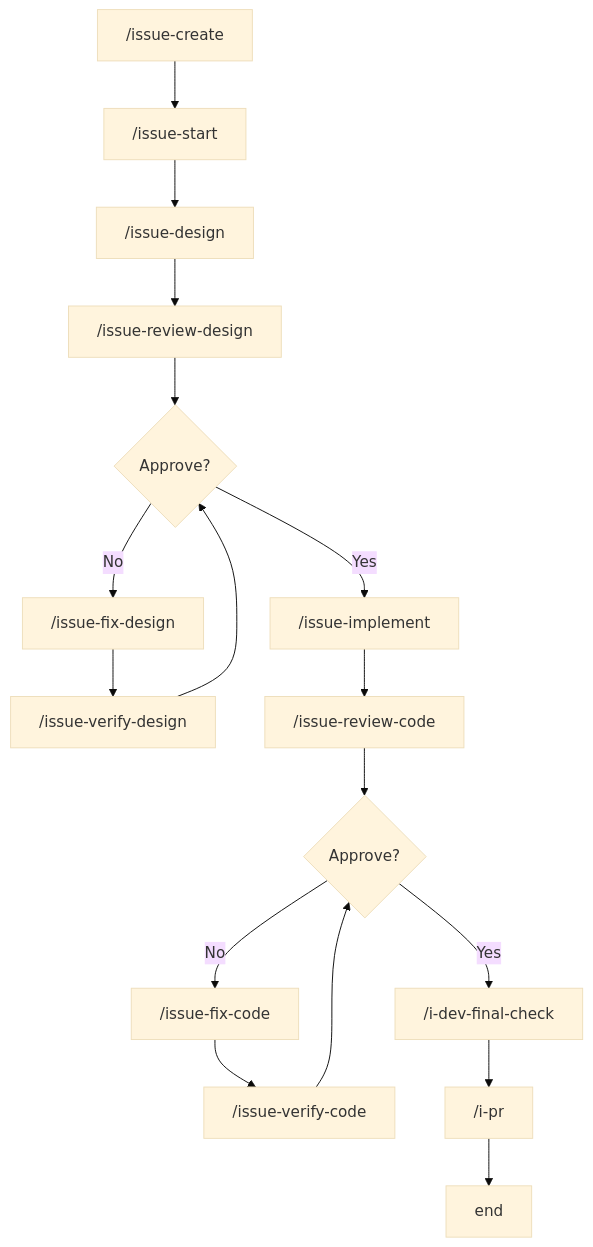
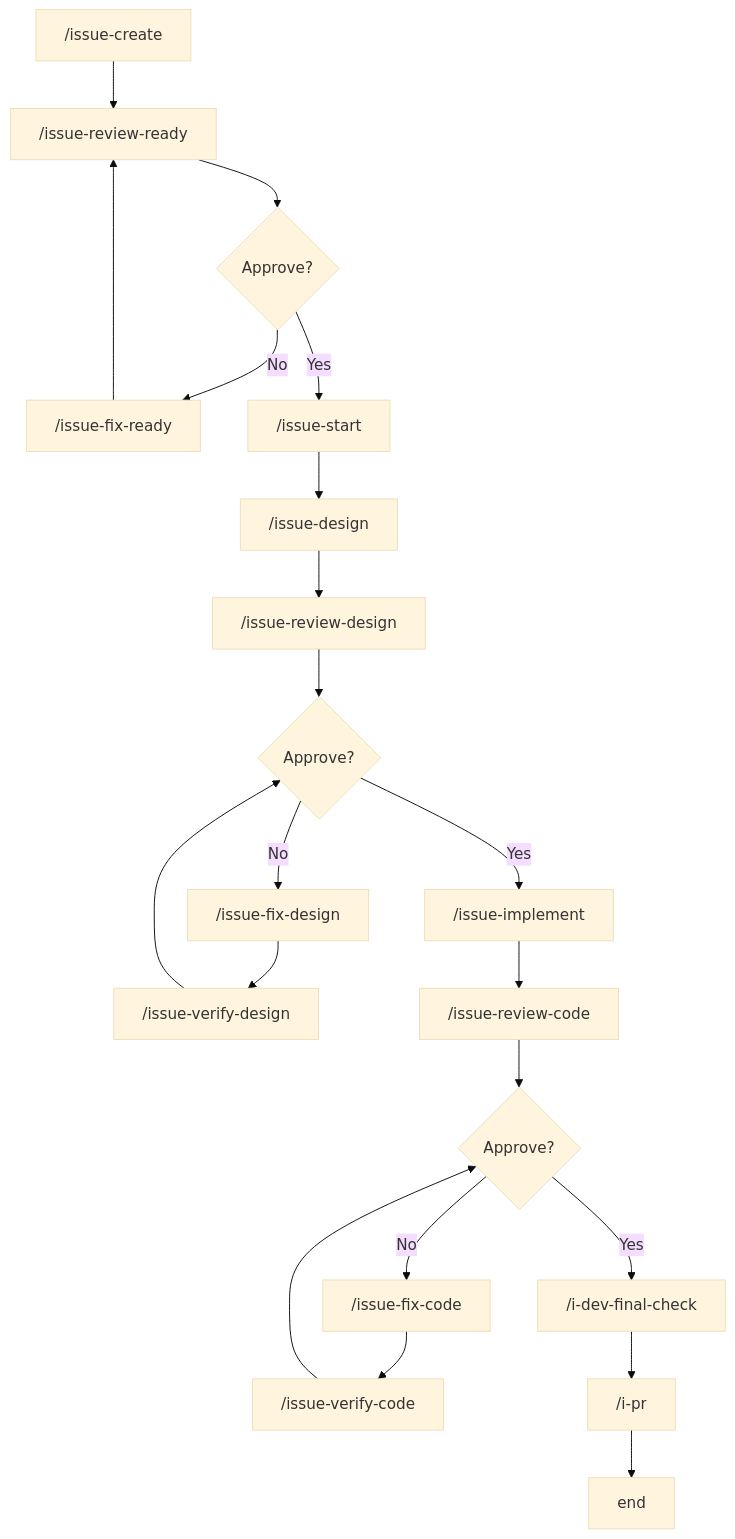
One commit to apokamo/kaji changed the first of 2 diagrams in docs/dev/development_workflow.md. Above: the diagram before and after it, drawn with Mermaid (base theme). The commit also changed other lines of this file and 17 other files, not shown here.

````diff
--- a/docs/dev/development_workflow.md
+++ b/docs/dev/development_workflow.md
@@ -7,22 +7,26 @@
 ```mermaid
 flowchart TB
-    A["/issue-create"] --> B["/issue-start"]
+    A["/issue-create"] --> RR["/issue-review-ready"]
+    RR --> RR2{Approve?}
+    RR2 -->|No| RF["/issue-fix-ready"]
+    RF --> RR
+    RR2 -->|Yes| B["/issue-start"]
     B --> C["/issue-design"]
 
     C --> C1["/issue-review-design"]
     C1 --> C2{Approve?}
     C2 -->|No| C3["/issue-fix-design"]
     C3 --> C4["/issue-verify-design"]
     C4 --> C2
     C2 -->|Yes| D
 
     D["/issue-implement"]
     D --> D1["/issue-review-code"]
     D1 --> D2{Approve?}
     D2 -->|No| D3["/issue-fix-code"]
     D3 --> D4["/issue-verify-code"]
     D4 --> D2
     D2 -->|Yes| FC
 
     FC["/i-dev-final-check"] --> E["/i-pr"] --> F["end"]
 ```
````
